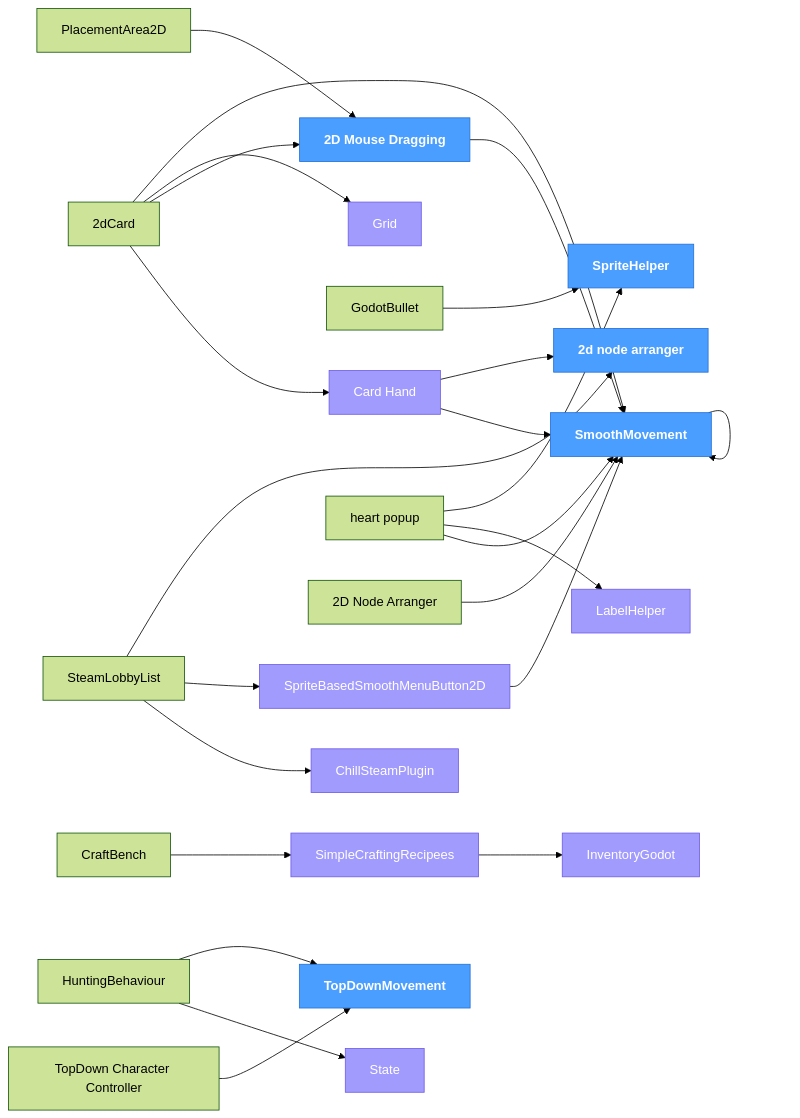
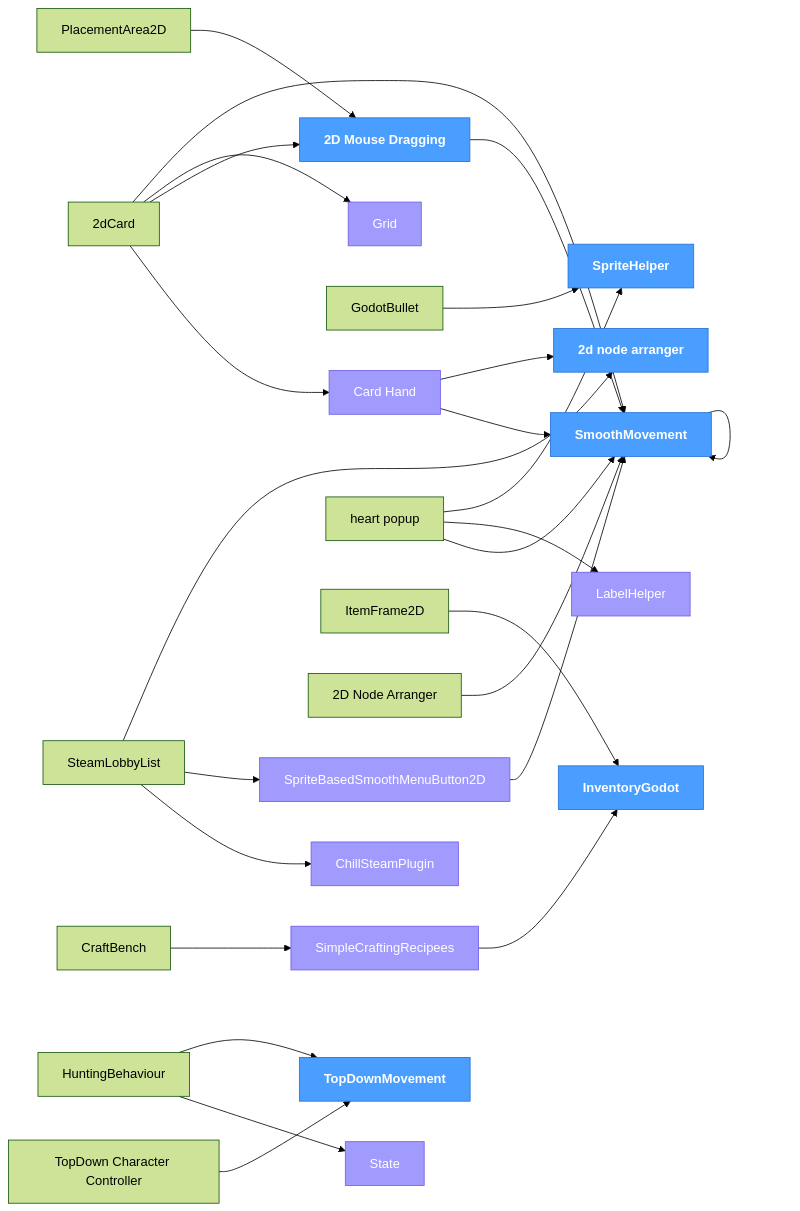
One commit to ChillCube/.github changed the diagram in ADDONS.md. Above: the diagram before and after it, drawn with Mermaid (forest theme). The commit also changed other lines of this file, not shown here.

Commit message:
registry: update dependency tree

```diff
--- a/ADDONS.md
+++ b/ADDONS.md
@@ -107,6 +108,7 @@
     heart_popup["heart popup"]
     HuntingBehaviour["HuntingBehaviour"]
     InventoryGodot["InventoryGodot"]
+    ItemFrame2D["ItemFrame2D"]
     LabelHelper["LabelHelper"]
     n_2dCard["2dCard"]
     n_2d_node_arranger["2d node arranger"]
@@ -131,6 +133,7 @@
     heart_popup --> SpriteHelper
     HuntingBehaviour --> State
     HuntingBehaviour --> TopDownMovement
+    ItemFrame2D --> InventoryGodot
     n_2dCard --> Card_Hand
     n_2dCard --> Godot_2D_Mouse_Dragging
     n_2dCard --> Godot_Grid
@@ -148,7 +151,7 @@
     class Godot_Grid shared
     class Godot_SmoothMovement core
     class Godot_SpriteBasedSmoothMenuButton2D shared
-    class InventoryGodot shared
+    class InventoryGodot core
     class LabelHelper shared
     class n_2d_node_arranger core
     class SimpleCraftingRecipees shared
@@ -168,6 +171,7 @@
     click heart_popup href "https://github.com/ChillCube/heart_popup" _blank
     click HuntingBehaviour href "https://github.com/ChillCube/HuntingBehaviour" _blank
     click InventoryGodot href "https://github.com/ChillCube/InventoryGodot" _blank
+    click ItemFrame2D href "https://github.com/ChillCube/ItemFrame2D" _blank
     click LabelHelper href "https://github.com/ChillCube/LabelHelper" _blank
     click n_2dCard href "https://github.com/ChillCube/2dCard" _blank
     click n_2d_node_arranger href "https://github.com/ChillCube/2d_node_arranger" _blank
```
